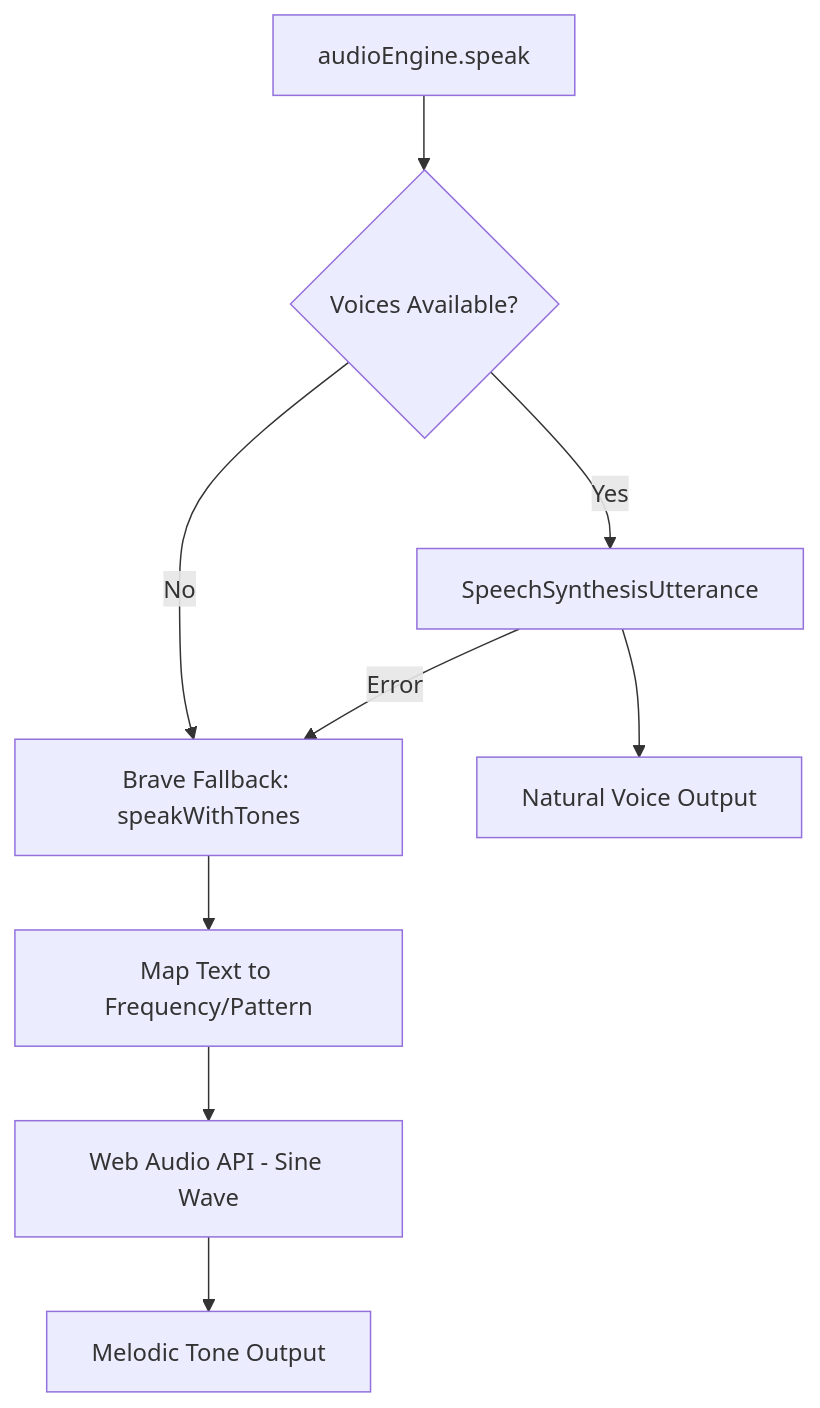
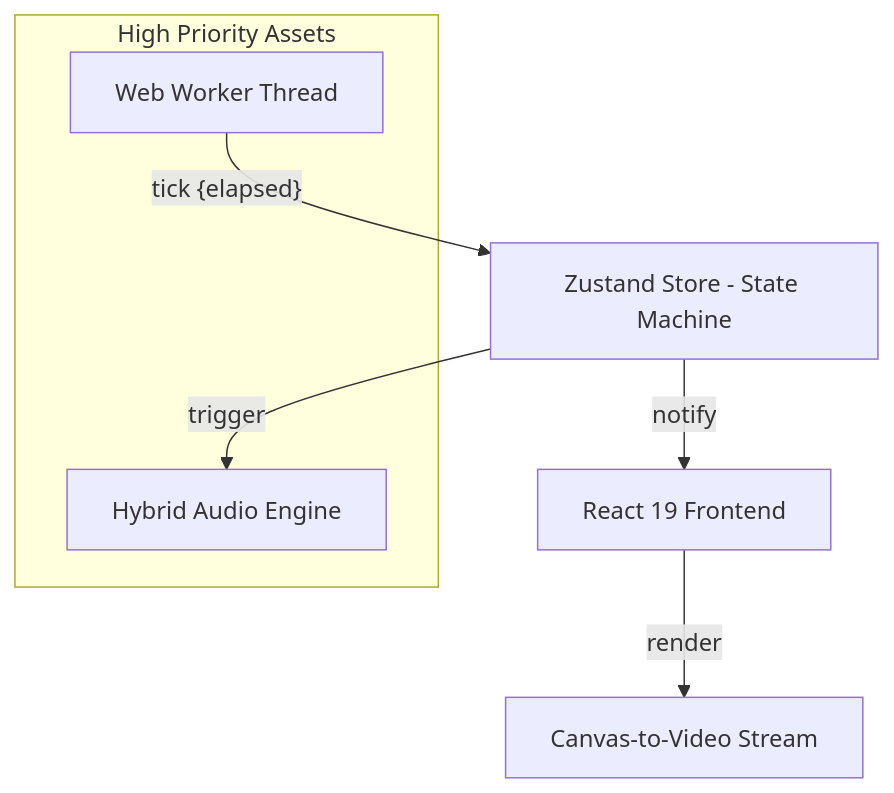
The diagram in README.md (GeneralMalit/myorep-timer), drawn with Mermaid before and after one commit. The commit also changed other lines of this file and 38 other files, not shown here.

````diff
--- a/README.md
+++ b/README.md
@@ -72,13 +33,18 @@
 ```mermaid
-flowchart TD
-    Start[audioEngine.speak] --> CheckVoices{Voices Available?}
-    CheckVoices -- Yes --> UseTTS[SpeechSynthesisUtterance]
-    CheckVoices -- No --> BraveFallback[Brave Fallback: speakWithTones]
+graph TD
+    UI[React 19 Frontend]
+    Store[Zustand Store - State Machine]
+    Worker[Web Worker Thread]
+    Audio[Hybrid Audio Engine]
+    PiP[Canvas-to-Video Stream]
+
+    Worker -- "tick {elapsed}" --> Store
+    Store -- "notify" --> UI
+    Store -- "trigger" --> Audio
+    UI -- "render" --> PiP
     
-    UseTTS --> TTS_Success[Natural Voice Output]
-    UseTTS -- Error --> BraveFallback
-    
-    BraveFallback --> Map[Map Text to Frequency/Pattern]
-    Map --> WebAudio[Web Audio API - Sine Wave]
-    WebAudio --> ToneOutput[Melodic Tone Output]
+    subgraph "High Priority Assets"
+        Audio
+        Worker
+    end
 ```
````
